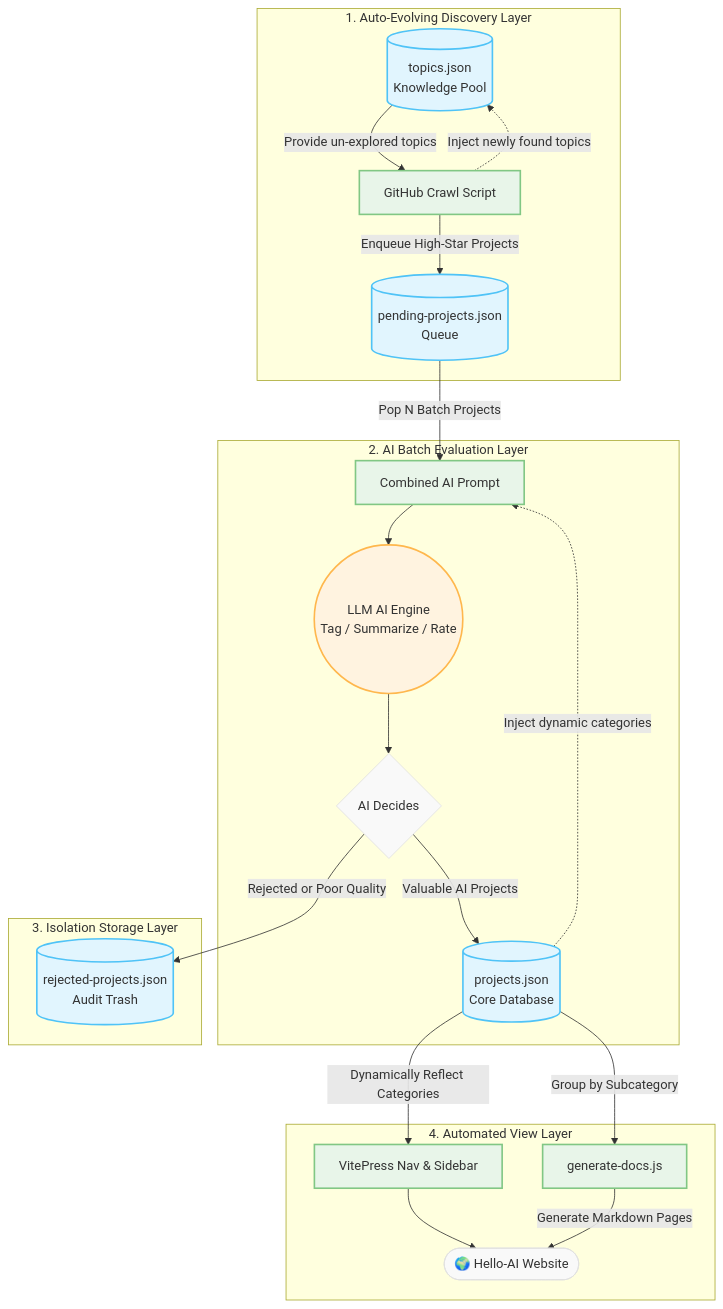
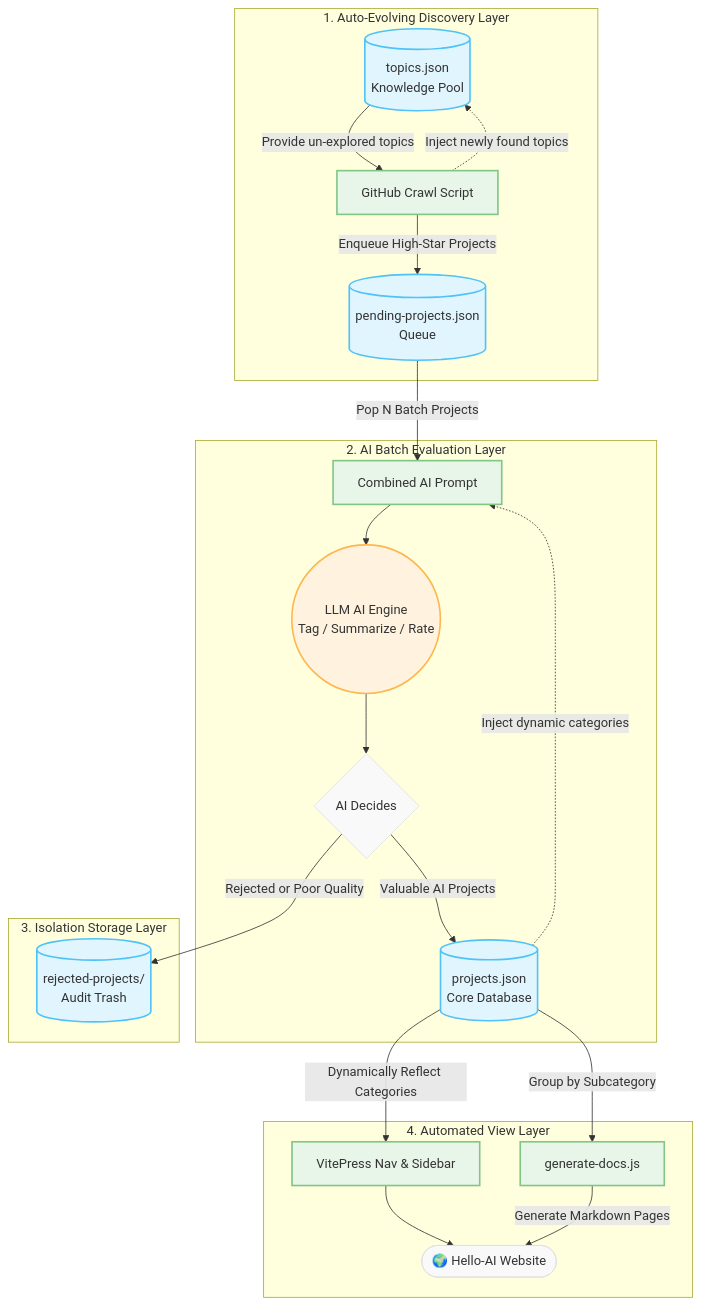
One commit to xxxily/hello-ai changed the diagram in README.md. Above: the diagram before and after it, drawn with Mermaid. The commit also changed other lines of this file and 120 other files, not shown here.

Commit message:
Split large rejected-projects.json into chunks (part-1 to part-5) to avoid GitHub size limit

````diff
--- a/README.md
+++ b/README.md
@@ -53,32 +53,32 @@
 ```mermaid
 graph TD
     classDef default fill:#f9f9f9,stroke:#e0e0e0,stroke-width:1px;
     classDef database fill:#e1f5fe,stroke:#4fc3f7,stroke-width:2px;
     classDef ai fill:#fff3e0,stroke:#ffb74d,stroke-width:2px;
     classDef process fill:#e8f5e9,stroke:#81c784,stroke-width:2px;
     
     subgraph Discovery [1. Auto-Evolving Discovery Layer]
         T[(topics.json<br/>Knowledge Pool)]:::database -->|Provide un-explored topics| Fetch[GitHub Crawl Script]:::process
         Fetch -.->|Inject newly found topics| T
         Fetch -->|Enqueue High-Star Projects| Q[(pending-projects.json<br/>Queue)]:::database
     end
 
     subgraph Evaluation [2. AI Batch Evaluation Layer]
         Q -->|Pop N Batch Projects| P[Combined AI Prompt]:::process
         DB[(projects.json<br/>Core Database)]:::database -.->|Inject dynamic categories| P
         P --> LLM((LLM AI Engine<br/>Tag / Summarize / Rate)):::ai
         LLM --> Condition{AI Decides}
     end
 
     subgraph Storage [3. Isolation Storage Layer]
-        Condition -->|Rejected or Poor Quality| R[(rejected-projects.json<br/>Audit Trash)]:::database
+        Condition -->|Rejected or Poor Quality| R[(rejected-projects/<br/>Audit Trash)]:::database
         Condition -->|Valuable AI Projects| DB
     end
 
     subgraph Frontend [4. Automated View Layer]
         DB -->|Dynamically Reflect Categories| Vite[VitePress Nav & Sidebar]:::process
         DB -->|Group by Subcategory| Gen[generate-docs.js]:::process
         Vite --> Site([🌍 Hello-AI Website])
         Gen -->|Generate Markdown Pages| Site
     end
 ```
````
